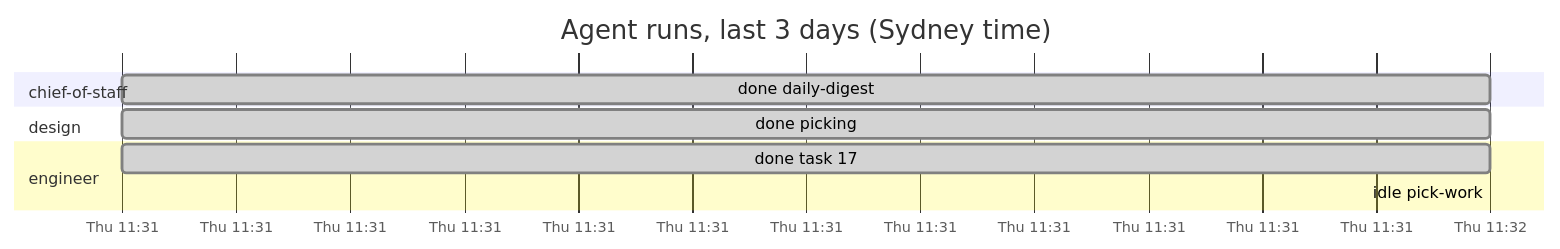
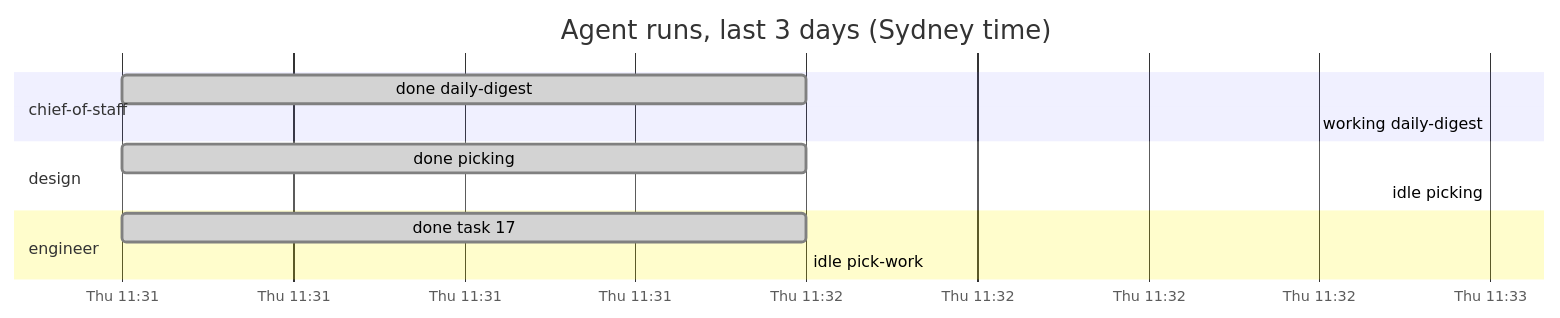
The diagram in dashboard.md (roulmediateam-byte/fifteen-expert-hq), drawn with Mermaid before and after one commit. The commit also changed other lines of this file and 1 other file, not shown here.

````diff
--- a/dashboard.md
+++ b/dashboard.md
@@ -31,13 +31,15 @@
 ```mermaid
 gantt
     title Agent runs, last 3 days (Sydney time)
     dateFormat YYYY-MM-DD HH:mm
     axisFormat %a %H:%M
     section chief-of-staff
     done daily-digest :done, 2026-11-05 11:31, 2026-11-05 11:32
+    working daily-digest :active, 2026-11-05 11:33, 2026-11-05 11:33
     section design
     done picking :done, 2026-11-05 11:31, 2026-11-05 11:32
+    idle picking :done, 2026-11-05 11:33, 2026-11-05 11:33
     section engineer
     done task 17 :done, 2026-11-05 11:31, 2026-11-05 11:32
     idle pick-work :done, 2026-11-05 11:32, 2026-11-05 11:32
 ```
````
